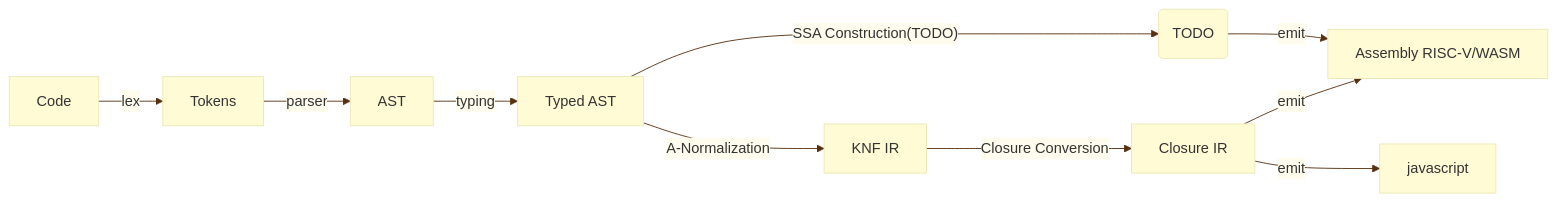
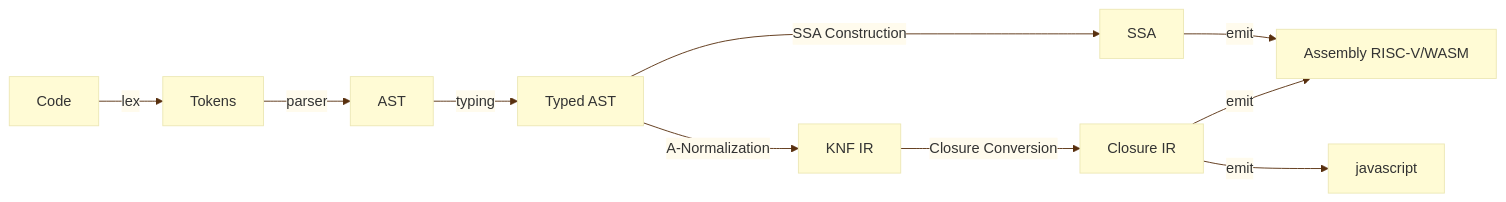
One commit to wzzc-dev/minimoonbit changed the diagram in readme.md. Above: the diagram before and after it, drawn with Mermaid.

````diff
--- a/readme.md
+++ b/readme.md
@@ -20,21 +20,21 @@
 ```mermaid
 %%{init: {'theme': 'base', 'themeVariables': { 'fontFamily': 'Comic Sans MS', 'primaryColor': '#fffbd5', 'edgeLabelBackground':'#fffbed', 'lineColor': '#582f0e'}}}%%
 flowchart LR
   srcCode["Code"]
   lexTokens["Tokens"]
   parserAST["AST"]
   TypedAST["Typed AST"]
   knfIr["KNF IR"]
   closureIr["Closure IR"]
   ssa["SSA"]
   Assembly["Assembly RISC-V/WASM"]
   srcCode -->|"lex"| lexTokens
   lexTokens -->|"parser"| parserAST
   parserAST -->|"typing"| TypedAST
   TypedAST -->|"A-Normalization"| knfIr
   knfIr -->|"Closure Conversion"| closureIr
-  TypedAST -->|"SSA Construction(TODO)"| ssa("TODO")
+  TypedAST -->|"SSA Construction"| ssa
   closureIr -->|"emit"| Assembly
   ssa -->|"emit"| Assembly
   closureIr -->|"emit"| javascript
 ```
````
